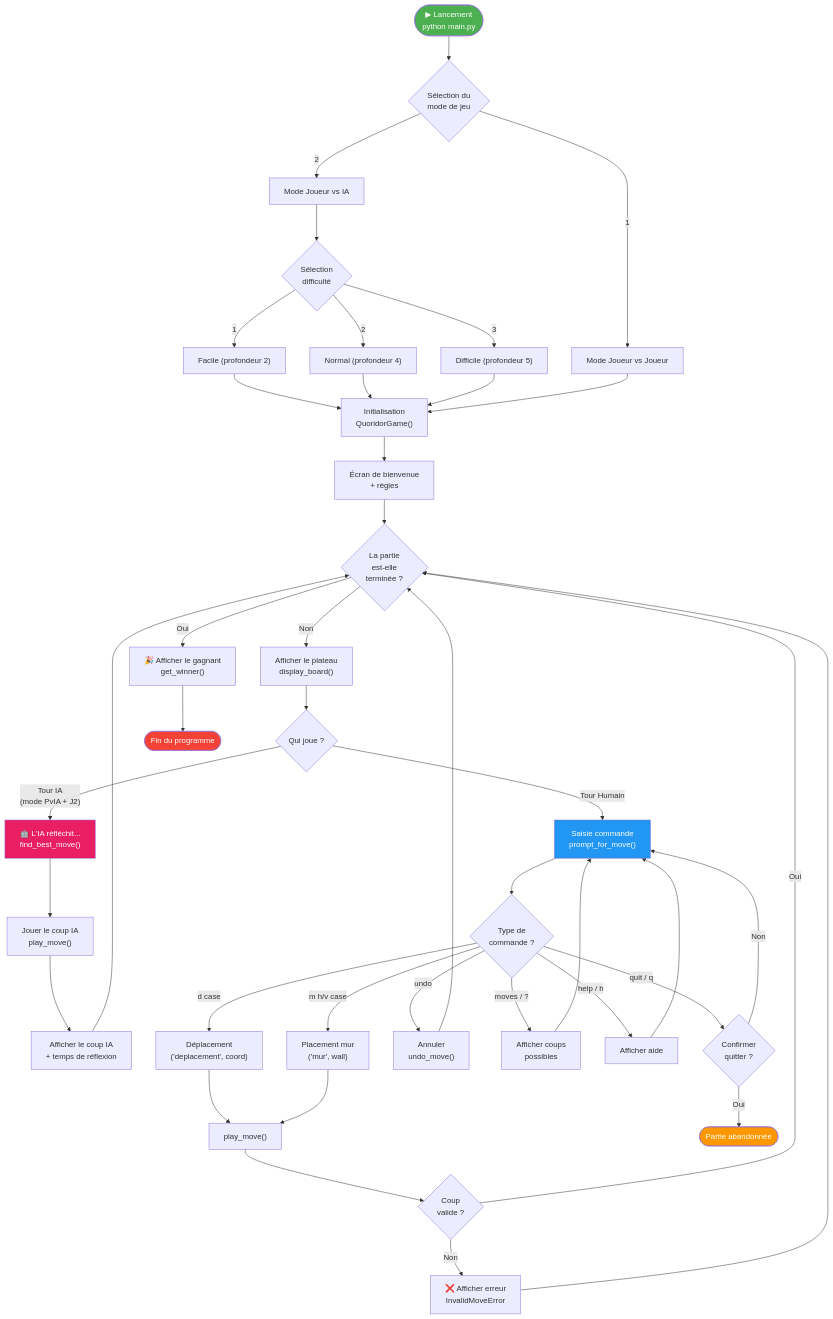
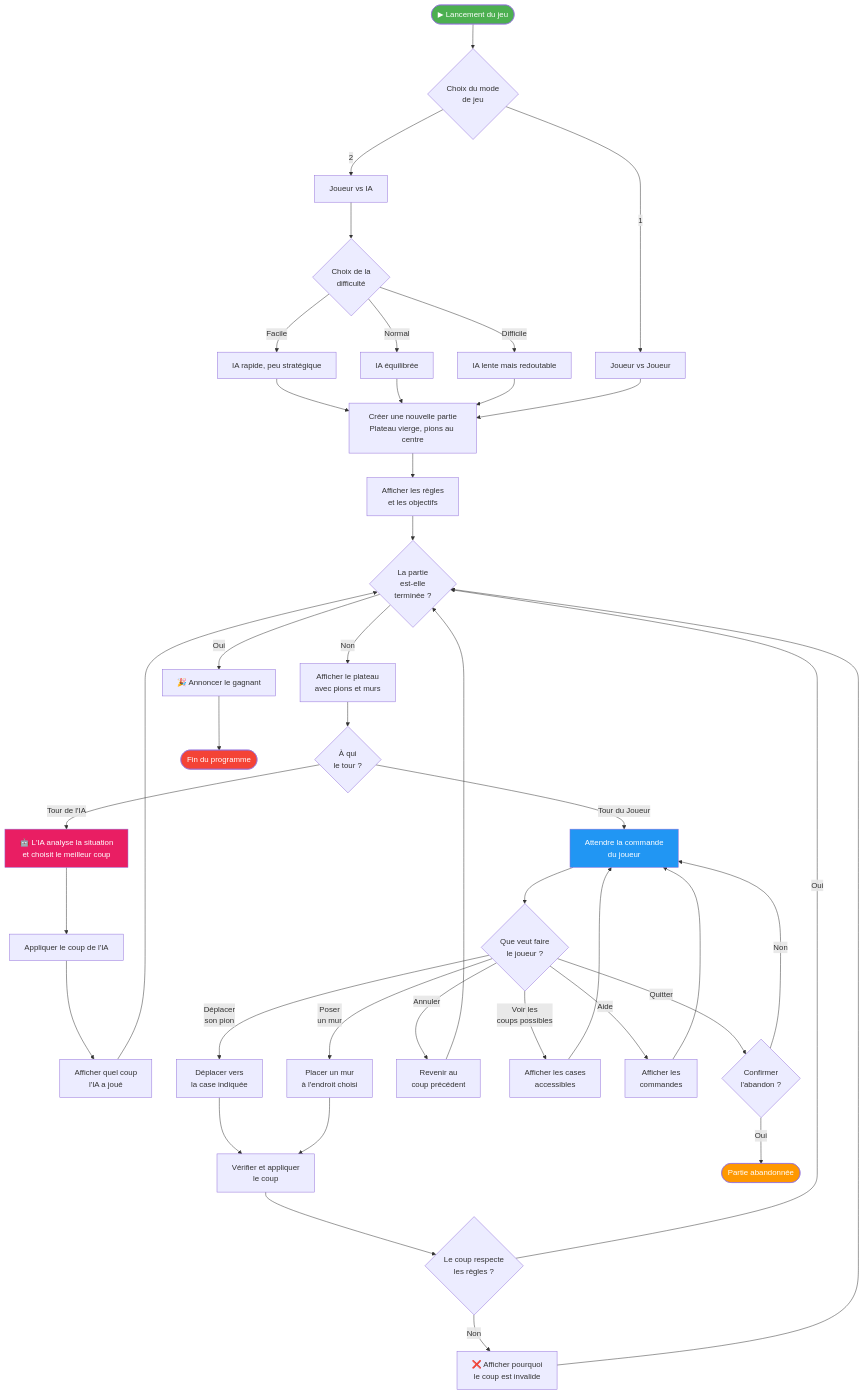
One commit to Silou1/Projet_mecatronique_I3 changed the second of 2 diagrams in flowcharts/01_vue_generale.md. Above: the diagram before and after it, drawn with Mermaid. The commit also changed other lines of this file and 3 other files, not shown here.

Commit message:
docs: simplify flowcharts with plain-language descriptions

````diff
--- a/flowcharts/01_vue_generale.md
+++ b/flowcharts/01_vue_generale.md
@@ -30,64 +30,64 @@
 ```mermaid
 flowchart TD
-    START(["▶ Lancement<br/>python main.py"]) --> MODE
+    START(["▶ Lancement du jeu"]) --> MODE
 
-    MODE{"Sélection du<br/>mode de jeu"}
-    MODE -->|"1"| PVP["Mode Joueur vs Joueur"]
-    MODE -->|"2"| PVIA["Mode Joueur vs IA"]
-    PVIA --> DIFF{"Sélection<br/>difficulté"}
-    DIFF -->|"1"| EASY["Facile (profondeur 2)"]
-    DIFF -->|"2"| NORMAL["Normal (profondeur 4)"]
-    DIFF -->|"3"| HARD["Difficile (profondeur 5)"]
+    MODE{"Choix du mode<br/>de jeu"}
+    MODE -->|"1"| PVP["Joueur vs Joueur"]
+    MODE -->|"2"| PVIA["Joueur vs IA"]
+    PVIA --> DIFF{"Choix de la<br/>difficulté"}
+    DIFF -->|"Facile"| EASY["IA rapide, peu stratégique"]
+    DIFF -->|"Normal"| NORMAL["IA équilibrée"]
+    DIFF -->|"Difficile"| HARD["IA lente mais redoutable"]
     EASY --> INIT
     NORMAL --> INIT
     HARD --> INIT
     PVP --> INIT
 
-    INIT["Initialisation<br/>QuoridorGame()"] --> WELCOME["Écran de bienvenue<br/>+ règles"]
+    INIT["Créer une nouvelle partie<br/>Plateau vierge, pions au centre"] --> WELCOME["Afficher les règles<br/>et les objectifs"]
     WELCOME --> LOOP
 
     LOOP{"La partie<br/>est-elle<br/>terminée ?"}
-    LOOP -->|Non| DISPLAY["Afficher le plateau<br/>display_board()"]
+    LOOP -->|Non| DISPLAY["Afficher le plateau<br/>avec pions et murs"]
     LOOP -->|Oui| END_GAME
 
-    DISPLAY --> WHO{"Qui joue ?"}
-    WHO -->|"Tour IA<br/>(mode PvIA + J2)"| AI_TURN
-    WHO -->|"Tour Humain"| HUMAN_TURN
+    DISPLAY --> WHO{"À qui<br/>le tour ?"}
+    WHO -->|"Tour de l'IA"| AI_TURN
+    WHO -->|"Tour du Joueur"| HUMAN_TURN
 
     %% --- Tour IA ---
-    AI_TURN["🤖 L'IA réfléchit...<br/>find_best_move()"] --> AI_PLAY["Jouer le coup IA<br/>play_move()"]
-    AI_PLAY --> AI_DISPLAY["Afficher le coup IA<br/>+ temps de réflexion"]
+    AI_TURN["🤖 L'IA analyse la situation<br/>et choisit le meilleur coup"] --> AI_PLAY["Appliquer le coup de l'IA"]
+    AI_PLAY --> AI_DISPLAY["Afficher quel coup<br/>l'IA a joué"]
     AI_DISPLAY --> LOOP
 
     %% --- Tour Humain ---
-    HUMAN_TURN["Saisie commande<br/>prompt_for_move()"] --> PARSE{"Type de<br/>commande ?"}
+    HUMAN_TURN["Attendre la commande<br/>du joueur"] --> PARSE{"Que veut faire<br/>le joueur ?"}
 
-    PARSE -->|"d case"| MOVE_CMD["Déplacement<br/>('deplacement', coord)"]
-    PARSE -->|"m h/v case"| WALL_CMD["Placement mur<br/>('mur', wall)"]
-    PARSE -->|"undo"| UNDO_CMD["Annuler<br/>undo_move()"]
-    PARSE -->|"moves / ?"| SHOW_MOVES["Afficher coups<br/>possibles"]
-    PARSE -->|"help / h"| HELP["Afficher aide"]
-    PARSE -->|"quit / q"| QUIT_CONFIRM{"Confirmer<br/>quitter ?"}
+    PARSE -->|"Déplacer<br/>son pion"| MOVE_CMD["Déplacer vers<br/>la case indiquée"]
+    PARSE -->|"Poser<br/>un mur"| WALL_CMD["Placer un mur<br/>à l'endroit choisi"]
+    PARSE -->|"Annuler"| UNDO_CMD["Revenir au<br/>coup précédent"]
+    PARSE -->|"Voir les<br/>coups possibles"| SHOW_MOVES["Afficher les cases<br/>accessibles"]
+    PARSE -->|"Aide"| HELP["Afficher les<br/>commandes"]
+    PARSE -->|"Quitter"| QUIT_CONFIRM{"Confirmer<br/>l'abandon ?"}
 
     MOVE_CMD --> TRY_PLAY
     WALL_CMD --> TRY_PLAY
-    TRY_PLAY["play_move()"] --> VALID{"Coup<br/>valide ?"}
+    TRY_PLAY["Vérifier et appliquer<br/>le coup"] --> VALID{"Le coup respecte<br/>les règles ?"}
     VALID -->|Oui| LOOP
-    VALID -->|Non| ERROR["❌ Afficher erreur<br/>InvalidMoveError"] --> LOOP
+    VALID -->|Non| ERROR["❌ Afficher pourquoi<br/>le coup est invalide"] --> LOOP
 
     UNDO_CMD --> LOOP
     SHOW_MOVES --> HUMAN_TURN
     HELP --> HUMAN_TURN
     QUIT_CONFIRM -->|Oui| ABANDON(["Partie abandonnée"])
     QUIT_CONFIRM -->|Non| HUMAN_TURN
 
     %% --- Fin de partie ---
-    END_GAME["🎉 Afficher le gagnant<br/>get_winner()"] --> END_SCREEN(["Fin du programme"])
+    END_GAME["🎉 Annoncer le gagnant"] --> END_SCREEN(["Fin du programme"])
 
     %% --- Styles ---
     style START fill:#4CAF50,color:#fff
     style END_SCREEN fill:#f44336,color:#fff
     style ABANDON fill:#ff9800,color:#fff
     style AI_TURN fill:#E91E63,color:#fff
     style HUMAN_TURN fill:#2196F3,color:#fff
 ```
````
